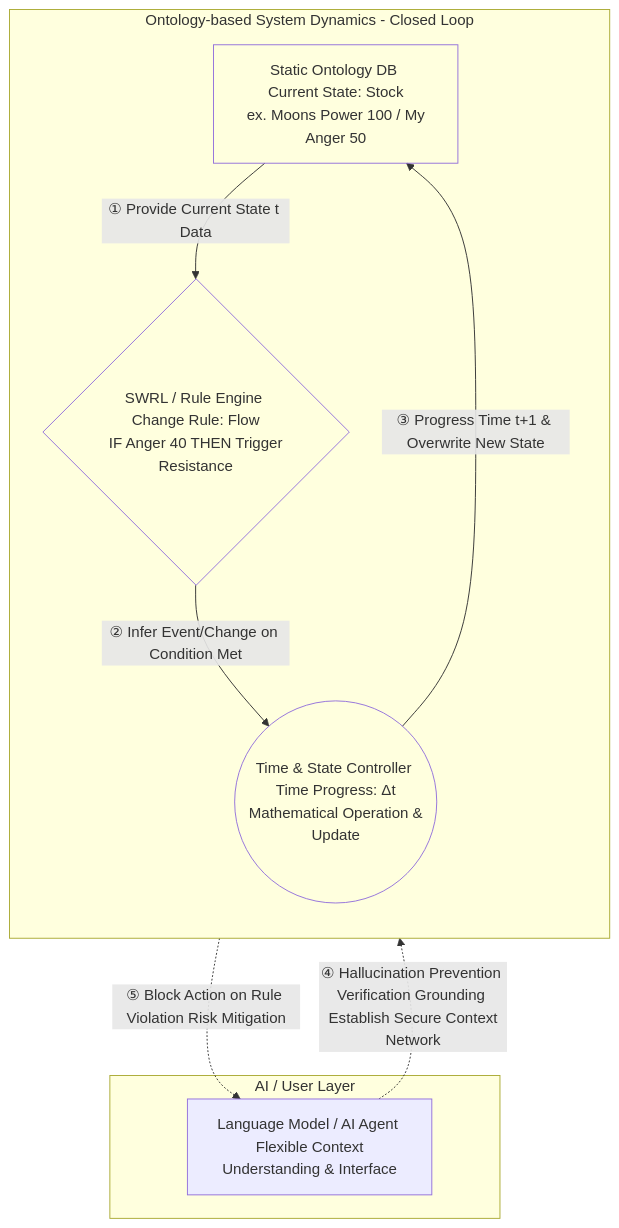
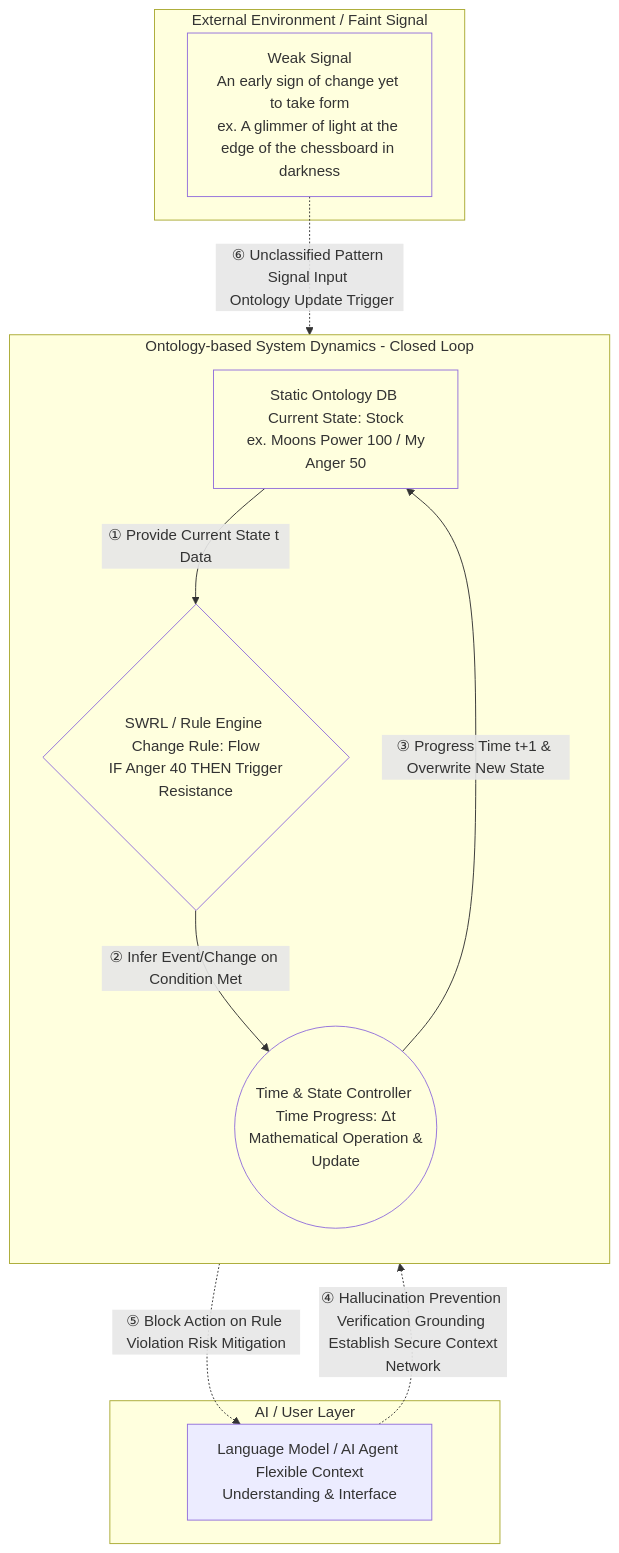
The first of 3 diagrams in en/index.md (hamnYK/eduContextOn), drawn with Mermaid before and after one commit. The commit also changed other lines of this file, not shown here.

Commit message:
feat: add Semantic Cosmos interactive diagram section to English landing page

```diff
--- a/en/index.md
+++ b/en/index.md
@@ -98,26 +482,35 @@
       <div class="mermaid">
 graph TD
+    subgraph External_Signal [External Environment / Faint Signal]
+        WeakSignal[Weak Signal<br>An early sign of change yet to take form<br>ex. A glimmer of light at the edge of the chessboard in darkness]
+    end
+
     subgraph Integrated_SD_System [Ontology-based System Dynamics - Closed Loop]
         direction TB
         
         Ontology[Static Ontology DB <br> Current State: Stock <br> ex. Moons Power 100 / My Anger 50]
         RuleEngine{SWRL / Rule Engine <br> Change Rule: Flow <br> IF Anger 40 THEN Trigger Resistance}
         TimeController((Time & State Controller <br> Time Progress: Δt <br> Mathematical Operation & Update))
         
         Ontology -- ① Provide Current State t Data --> RuleEngine
         RuleEngine -- ② Infer Event/Change on Condition Met --> TimeController
         TimeController -- ③ Progress Time t+1 & Overwrite New State --> Ontology
     end
 
     subgraph LLM_Interface [AI / User Layer]
         LLM[Language Model / AI Agent <br> Flexible Context Understanding & Interface]
     end
 
+    %% Weak Signal → Ontology (External signal input)
+    WeakSignal -.->|⑥ Unclassified Pattern Signal Input <br> Ontology Update Trigger| Ontology
+
     %% Guardrail Connection
     LLM -.->|④ Hallucination Prevention Verification Grounding <br> Establish Secure Context Network| Ontology
     TimeController -.->|⑤ Block Action on Rule Violation Risk Mitigation| LLM
 
     style Ontology fill:none
     style RuleEngine fill:none
     style TimeController fill:none
+    style WeakSignal fill:none
+
       </div>
```
